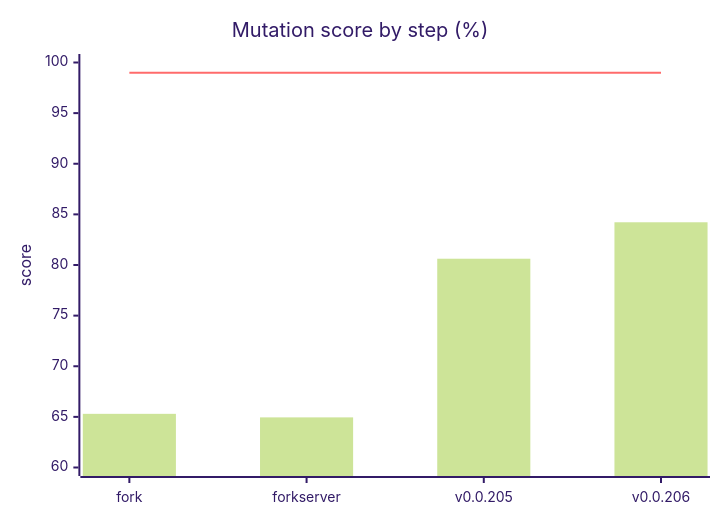
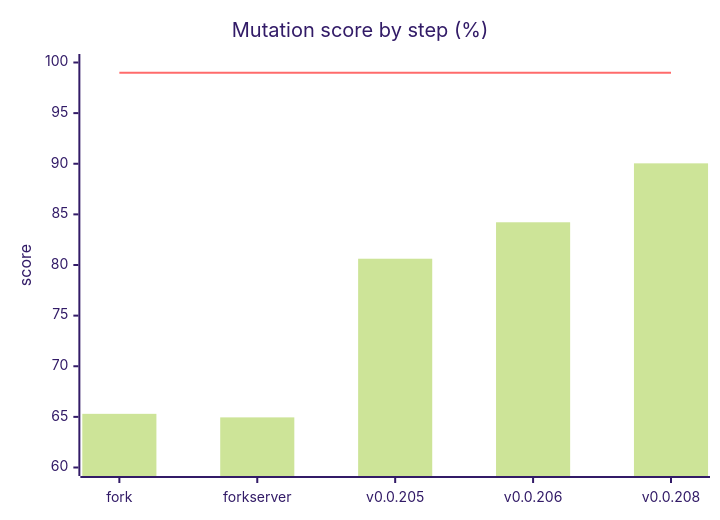
One commit to marcelpetrick/myLastFmPlayer changed the seventh of 7 diagrams in docs/followup_mutation_testing.md. Above: the diagram before and after it, drawn with Mermaid (forest theme). The commit also changed other lines of this file and 20 other files, not shown here.

First line of the commit message:
docs: review all Markdown, refresh architecture; pin UI construction by snapshots (v0.0.209)

````diff
--- a/docs/followup_mutation_testing.md
+++ b/docs/followup_mutation_testing.md
@@ -216,8 +217,8 @@
 ```mermaid
 xychart-beta
     title "Mutation score by step (%)"
-    x-axis ["fork", "forkserver", "v0.0.205", "v0.0.206"]
+    x-axis ["fork", "forkserver", "v0.0.205", "v0.0.206", "v0.0.208"]
     y-axis "score" 60 --> 100
-    bar [65.3, 64.95, 80.62, 84.22]
-    line [99, 99, 99, 99]
+    bar [65.3, 64.95, 80.62, 84.22, 90.04]
+    line [99, 99, 99, 99, 99]
 ```
````
